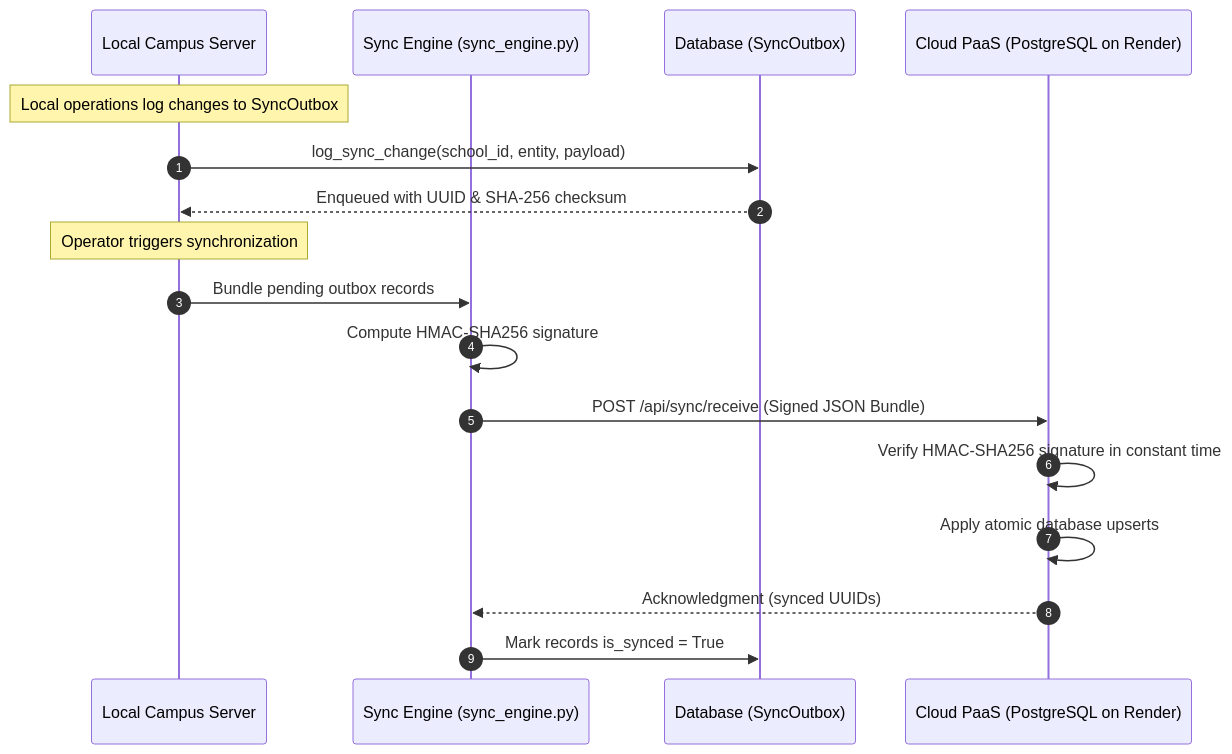
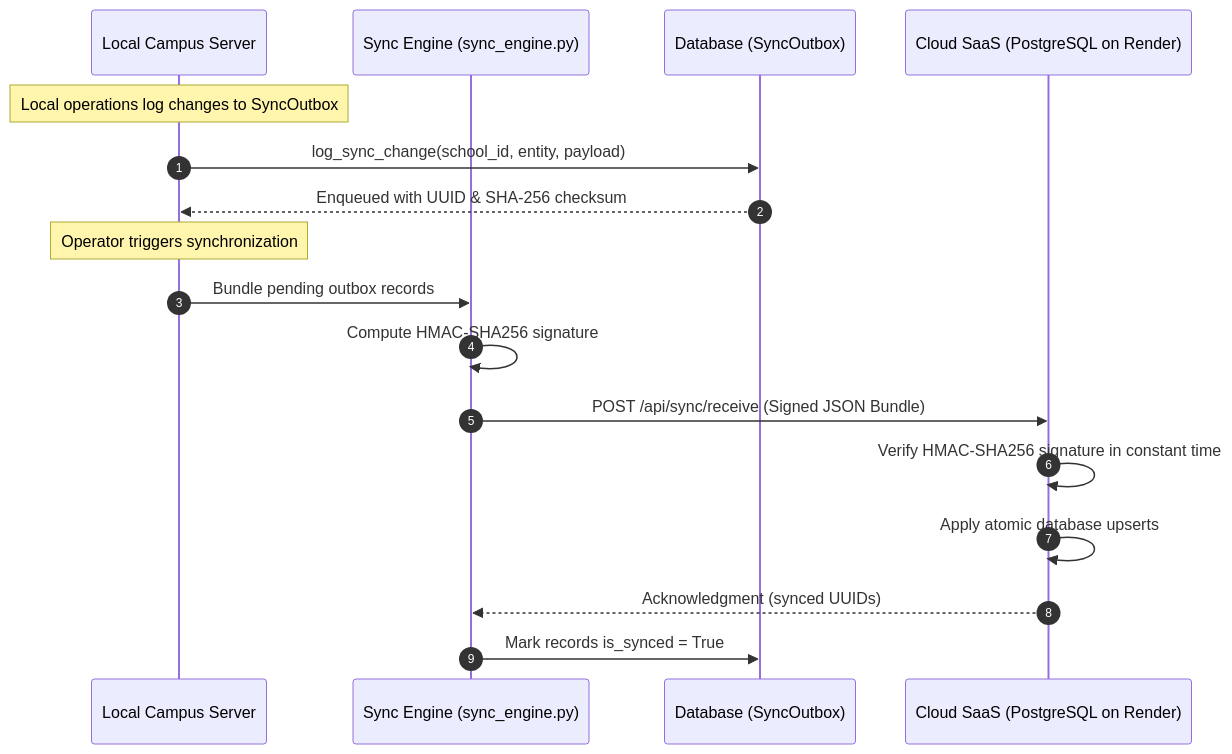
Before and after one commit to Bismark-Duah/SMS: the seventh of 7 diagrams in docs/ARCHITECTURE.md, drawn with Mermaid. The commit also changed other lines of this file and 1 other file, not shown here.

Commit message:
docs: standardize cloud tier terminology to Multi-Tenant Cloud SaaS

````diff
--- a/docs/ARCHITECTURE.md
+++ b/docs/ARCHITECTURE.md
@@ -520,20 +520,20 @@
 ```mermaid
 sequenceDiagram
     autonumber
     participant Local as Local Campus Server
     participant Engine as Sync Engine (sync_engine.py)
     participant Outbox as Database (SyncOutbox)
-    participant Cloud as Cloud PaaS (PostgreSQL on Render)
+    participant Cloud as Cloud SaaS (PostgreSQL on Render)
 
     Note over Local: Local operations log changes to SyncOutbox
     Local->>Outbox: log_sync_change(school_id, entity, payload)
     Outbox-->>Local: Enqueued with UUID & SHA-256 checksum
     Note over Local: Operator triggers synchronization
     Local->>Engine: Bundle pending outbox records
     Engine->>Engine: Compute HMAC-SHA256 signature
     Engine->>Cloud: POST /api/sync/receive (Signed JSON Bundle)
     Cloud->>Cloud: Verify HMAC-SHA256 signature in constant time
     Cloud->>Cloud: Apply atomic database upserts
     Cloud-->>Engine: Acknowledgment (synced UUIDs)
     Engine->>Outbox: Mark records is_synced = True
 ```
````
